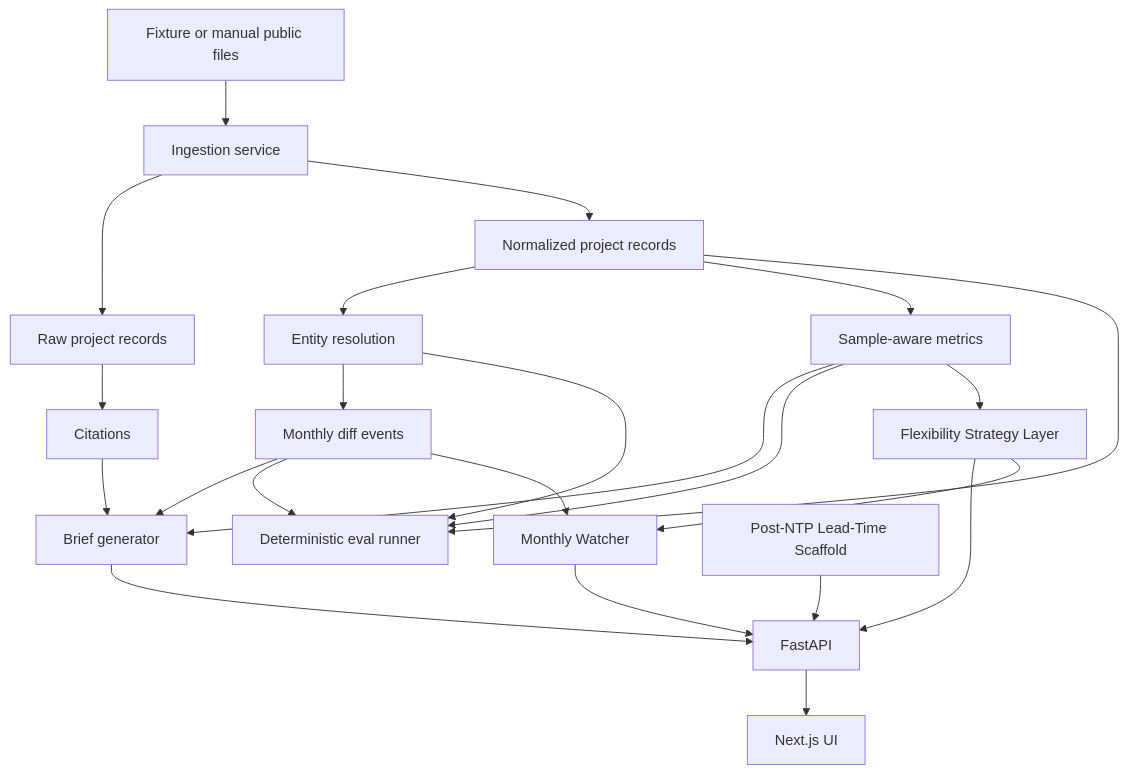
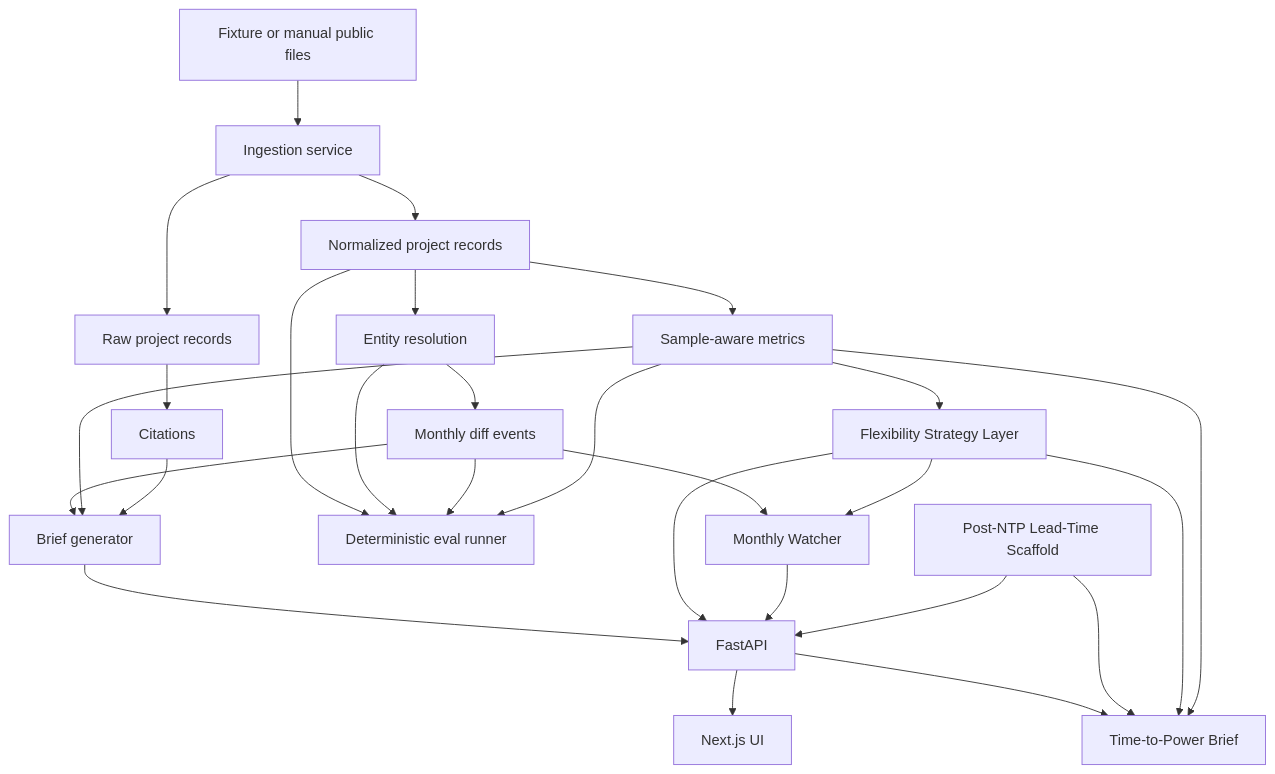
One commit to Kakarottoooo/gridqueue-agent changed the diagram in README.md. Above: the diagram before and after it, drawn with Mermaid. The commit also changed other lines of this file and 10 other files, not shown here.

Commit message:
document time-to-power workflows

````diff
--- a/README.md
+++ b/README.md
@@ -36,25 +39,29 @@
 ```mermaid
 graph TD
   A["Fixture or manual public files"] --> B["Ingestion service"]
   B --> C["Raw project records"]
   B --> D["Normalized project records"]
   D --> E["Entity resolution"]
   E --> F["Monthly diff events"]
   D --> G["Sample-aware metrics"]
   C --> H["Citations"]
   F --> I["Brief generator"]
   G --> I
   H --> I
   I --> J["FastAPI"]
   J --> K["Next.js UI"]
   D --> L["Deterministic eval runner"]
   E --> L
   F --> L
   G --> L
   G --> M["Flexibility Strategy Layer"]
   M --> J
   F --> N["Monthly Watcher"]
   M --> N
   N --> J
   O["Post-NTP Lead-Time Scaffold"] --> J
+  J --> P["Time-to-Power Brief"]
+  O --> P
+  M --> P
+  G --> P
 ```
````
